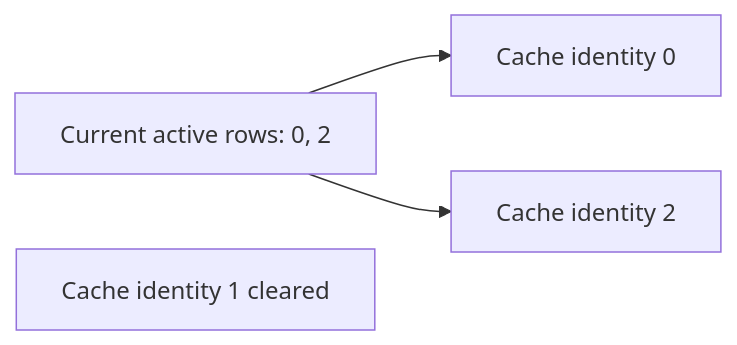
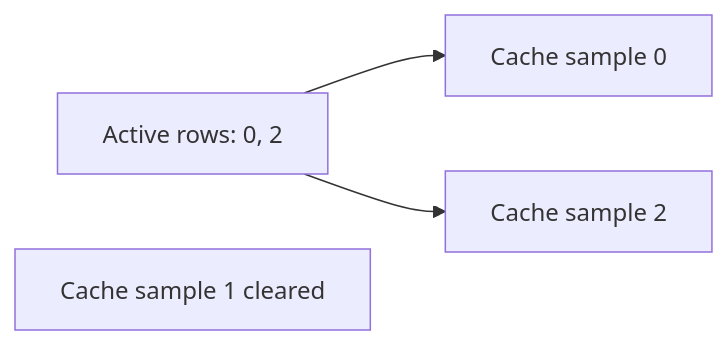
Before and after one commit to eagle-dai/easy_llm.cpp: the seventh of 12 diagrams in my/docs/easy_llm_guide.zh-CN.md, drawn with Mermaid. The commit also changed other lines of this file, not shown here.

````diff
--- a/my/docs/easy_llm_guide.zh-CN.md
+++ b/my/docs/easy_llm_guide.zh-CN.md
@@ -1003,10 +1283,10 @@
 ```mermaid
 flowchart LR
-    A[Current active rows: 0, 2]
-    C0[Cache identity 0]
-    C1[Cache identity 1 cleared]
-    C2[Cache identity 2]
+    R[Active rows: 0, 2]
+    C0[Cache sample 0]
+    C1[Cache sample 1 cleared]
+    C2[Cache sample 2]
 
-    A --> C0
-    A --> C2
+    R --> C0
+    R --> C2
 ```
````
